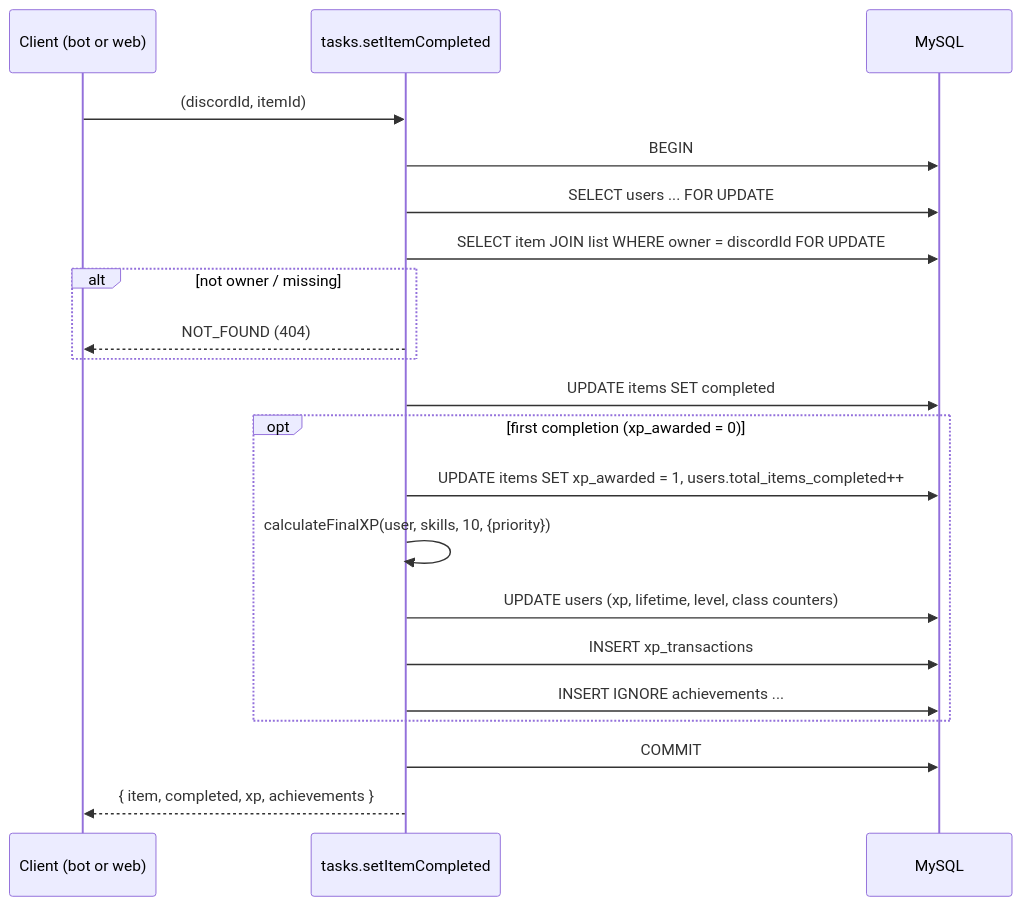
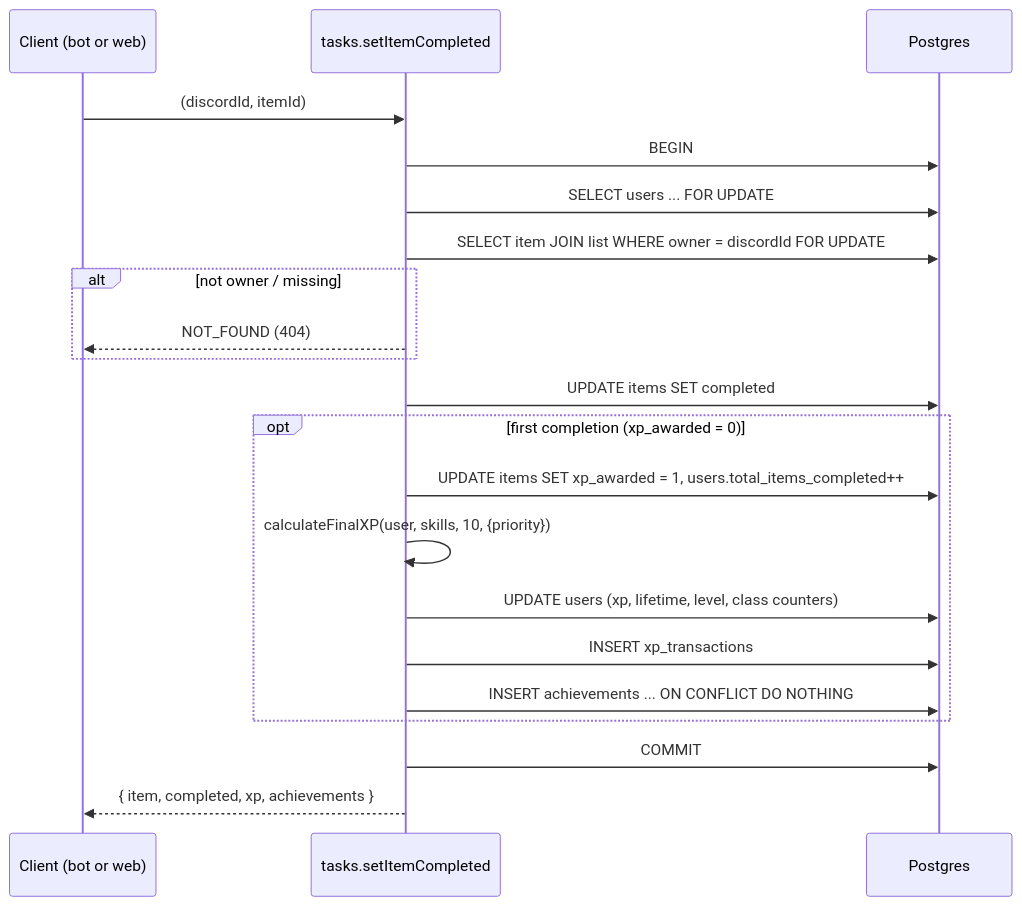
One commit to Mist10148/TaskQuest-Application changed the second of 2 diagrams in docs/ARCHITECTURE.md. Above: the diagram before and after it, drawn with Mermaid. The commit also changed other lines of this file and 19 other files, not shown here.

````diff
--- a/docs/ARCHITECTURE.md
+++ b/docs/ARCHITECTURE.md
@@ -124,23 +124,23 @@
 ```mermaid
 sequenceDiagram
     participant C as Client (bot or web)
     participant S as tasks.setItemCompleted
-    participant DB as MySQL
+    participant DB as Postgres
     C->>S: (discordId, itemId)
     S->>DB: BEGIN
     S->>DB: SELECT users ... FOR UPDATE
     S->>DB: SELECT item JOIN list WHERE owner = discordId FOR UPDATE
     alt not owner / missing
         S-->>C: NOT_FOUND (404)
     end
     S->>DB: UPDATE items SET completed
     opt first completion (xp_awarded = 0)
         S->>DB: UPDATE items SET xp_awarded = 1, users.total_items_completed++
         S->>S: calculateFinalXP(user, skills, 10, {priority})
         S->>DB: UPDATE users (xp, lifetime, level, class counters)
         S->>DB: INSERT xp_transactions
-        S->>DB: INSERT IGNORE achievements ...
+        S->>DB: INSERT achievements ... ON CONFLICT DO NOTHING
     end
     S->>DB: COMMIT
     S-->>C: { item, completed, xp, achievements }
 ```
````
